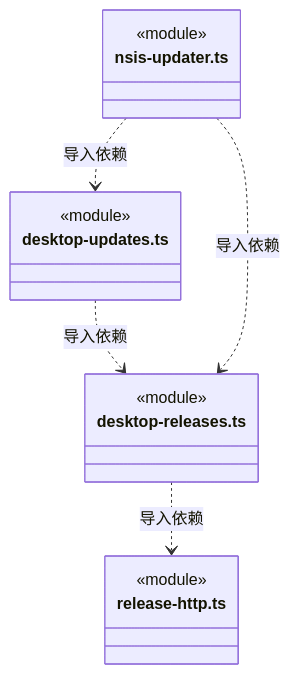
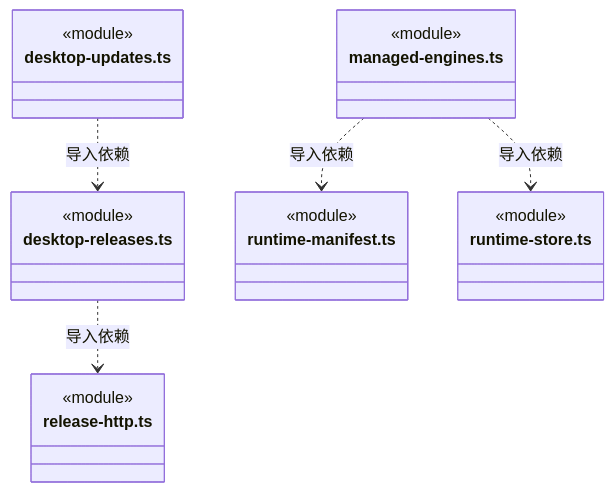
Before and after one commit to nan023062/cbim: diagram 19 of 23 in src/logic/updates/service/ARCHITECTURE.md, drawn with Mermaid. The commit also changed other lines of this file and 37 other files, not shown here.

````diff
--- a/src/logic/updates/service/ARCHITECTURE.md
+++ b/src/logic/updates/service/ARCHITECTURE.md
@@ -399,19 +427,25 @@
 ```mermaid
 classDiagram
 class N_src_logic_updates_service_desktop_releases_ts["desktop-releases.ts"] {
   <<module>>
 }
 class N_src_logic_updates_service_release_http_ts["release-http.ts"] {
   <<module>>
 }
 class N_src_logic_updates_service_desktop_updates_ts["desktop-updates.ts"] {
   <<module>>
 }
-class N_src_logic_updates_service_nsis_updater_ts["nsis-updater.ts"] {
+class N_src_logic_updates_service_managed_engines_ts["managed-engines.ts"] {
+  <<module>>
+}
+class N_src_logic_updates_service_runtime_manifest_ts["runtime-manifest.ts"] {
+  <<module>>
+}
+class N_src_logic_updates_service_runtime_store_ts["runtime-store.ts"] {
   <<module>>
 }
 N_src_logic_updates_service_desktop_releases_ts ..> N_src_logic_updates_service_release_http_ts : 导入依赖
 N_src_logic_updates_service_desktop_updates_ts ..> N_src_logic_updates_service_desktop_releases_ts : 导入依赖
-N_src_logic_updates_service_nsis_updater_ts ..> N_src_logic_updates_service_desktop_updates_ts : 导入依赖
-N_src_logic_updates_service_nsis_updater_ts ..> N_src_logic_updates_service_desktop_releases_ts : 导入依赖
+N_src_logic_updates_service_managed_engines_ts ..> N_src_logic_updates_service_runtime_manifest_ts : 导入依赖
+N_src_logic_updates_service_managed_engines_ts ..> N_src_logic_updates_service_runtime_store_ts : 导入依赖
 ```
````
